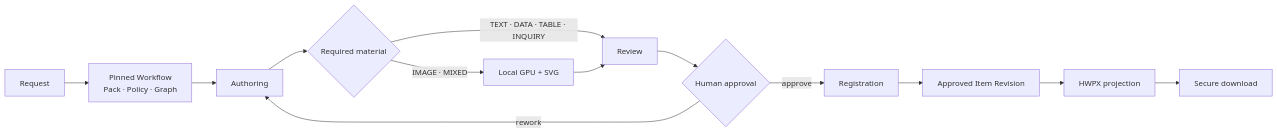
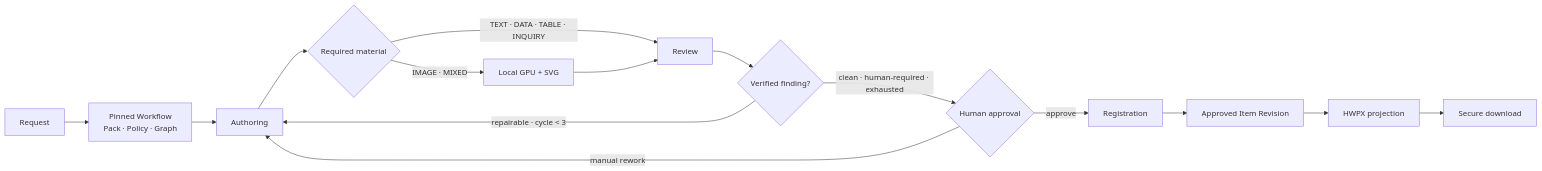
One commit to teddyok1206/eomai changed the first of 2 diagrams in README.md. Above: the diagram before and after it, drawn with Mermaid. The commit also changed other lines of this file and 68 other files, not shown here.

````diff
--- a/README.md
+++ b/README.md
@@ -103,15 +106,17 @@
 ```mermaid
 flowchart LR
   R[Request] --> P[Pinned Workflow<br/>Pack · Policy · Graph]
   P --> A[Authoring]
   A --> I{Required material}
   I -->|TEXT · DATA · TABLE · INQUIRY| V[Review]
   I -->|IMAGE · MIXED| G[Local GPU + SVG]
   G --> V
-  V --> H{Human approval}
-  H -->|rework| A
+  V --> Q{Verified finding?}
+  Q -->|repairable · cycle < 3| A
+  Q -->|clean · human-required · exhausted| H{Human approval}
+  H -->|manual rework| A
   H -->|approve| C[Registration]
   C --> IR[Approved Item Revision]
   IR --> X[HWPX projection]
   X --> D[Secure download]
 ```
````
